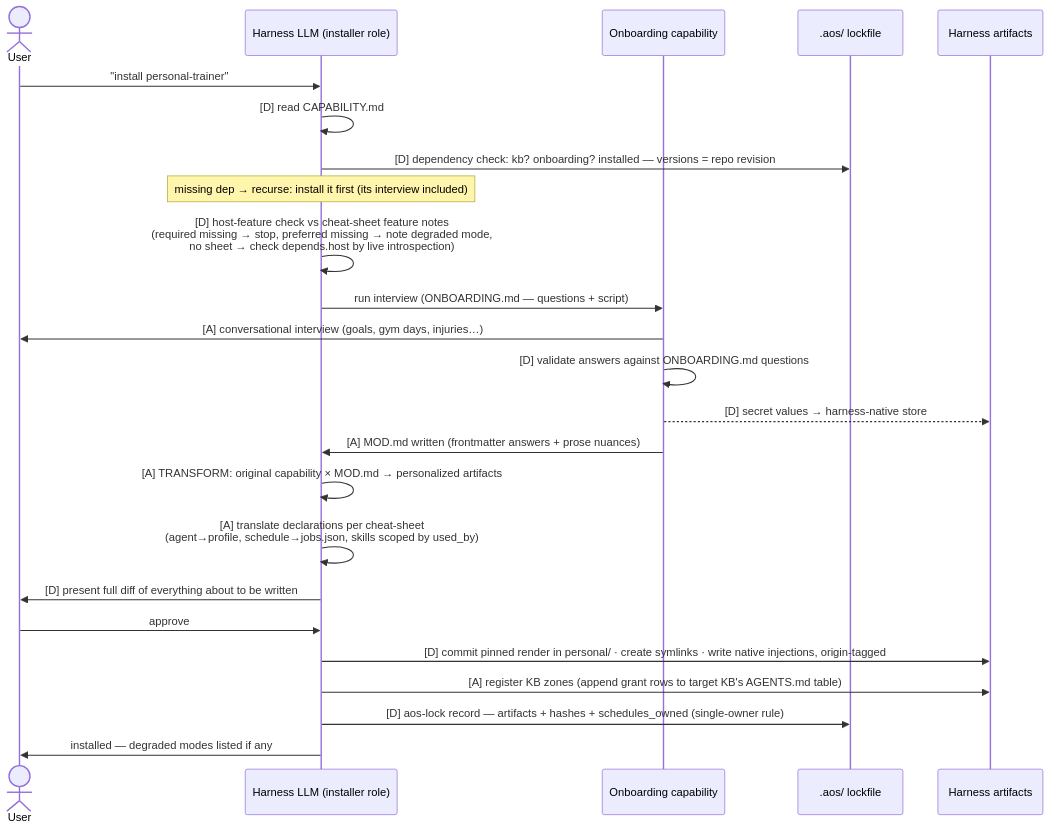
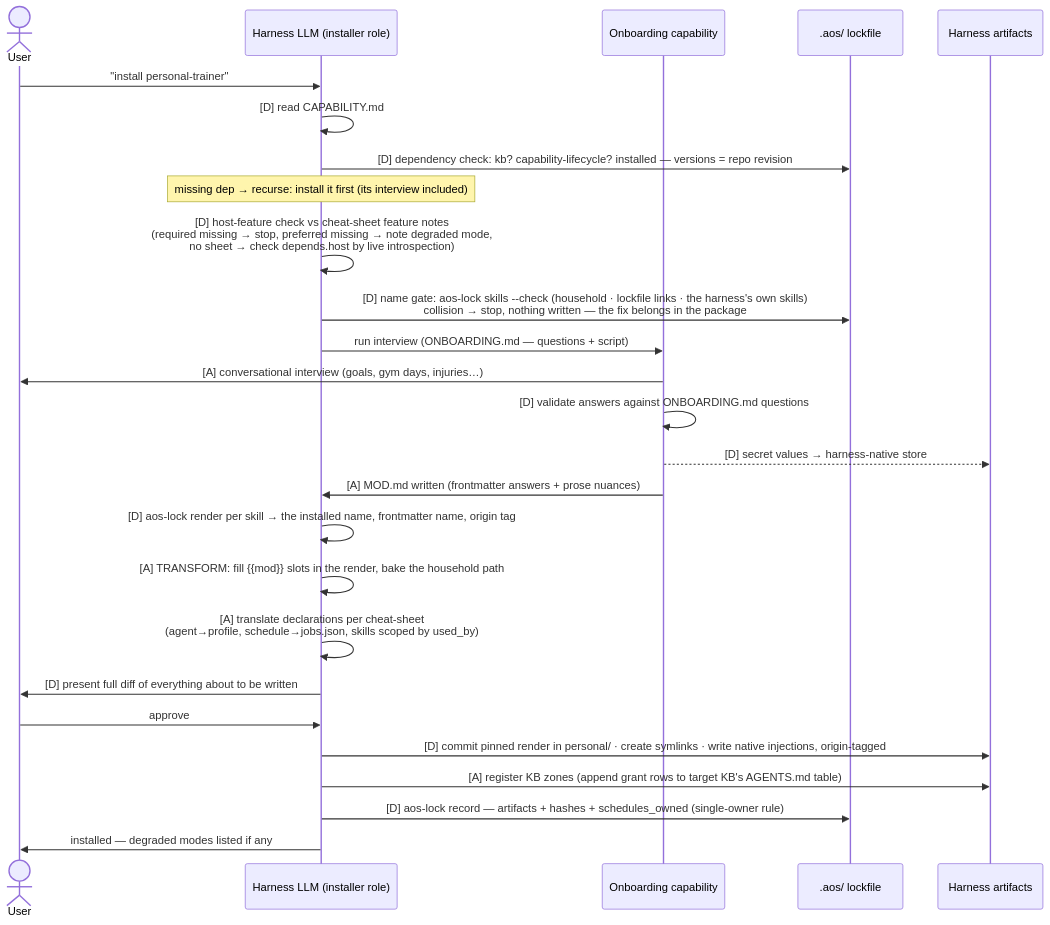
Before and after one commit to AlmogBaku/aos: the first of 2 diagrams in design/install-flow.md, drawn with Mermaid. The commit also changed other lines of this file and 13 other files, not shown here.

First line of the commit message:
spec: the installed name is a skill's identity; building mode is not a package boundary

````diff
--- a/design/install-flow.md
+++ b/design/install-flow.md
@@ -22,27 +22,29 @@
 ```mermaid
 sequenceDiagram
     actor U as User
     participant H as Harness LLM (installer role)
     participant O as Onboarding capability
     participant L as .aos/ lockfile
     participant HA as Harness artifacts
 
     U->>H: "install personal-trainer"
     H->>H: [D] read CAPABILITY.md
-    H->>L: [D] dependency check: kb? onboarding? installed — versions = repo revision
+    H->>L: [D] dependency check: kb? capability-lifecycle? installed — versions = repo revision
     Note over H: missing dep → recurse: install it first (its interview included)
     H->>H: [D] host-feature check vs cheat-sheet feature notes<br/>(required missing → stop, preferred missing → note degraded mode,<br/>no sheet → check depends.host by live introspection)
+    H->>L: [D] name gate: aos-lock skills --check (household · lockfile links · the harness's own skills)<br/>collision → stop, nothing written — the fix belongs in the package
     H->>O: run interview (ONBOARDING.md — questions + script)
     O->>U: [A] conversational interview (goals, gym days, injuries…)
     O->>O: [D] validate answers against ONBOARDING.md questions
     O-->>HA: [D] secret values → harness-native store
     O->>H: [A] MOD.md written (frontmatter answers + prose nuances)
-    H->>H: [A] TRANSFORM: original capability × MOD.md → personalized artifacts
+    H->>H: [D] aos-lock render per skill → the installed name, frontmatter name, origin tag
+    H->>H: [A] TRANSFORM: fill {{mod}} slots in the render, bake the household path
     H->>H: [A] translate declarations per cheat-sheet<br/>(agent→profile, schedule→jobs.json, skills scoped by used_by)
     H->>U: [D] present full diff of everything about to be written
     U->>H: approve
     H->>HA: [D] commit pinned render in personal/ · create symlinks · write native injections, origin-tagged
     H->>HA: [A] register KB zones (append grant rows to target KB's AGENTS.md table)
     H->>L: [D] aos-lock record — artifacts + hashes + schedules_owned (single-owner rule)
     H->>U: installed — degraded modes listed if any
 ```
````
